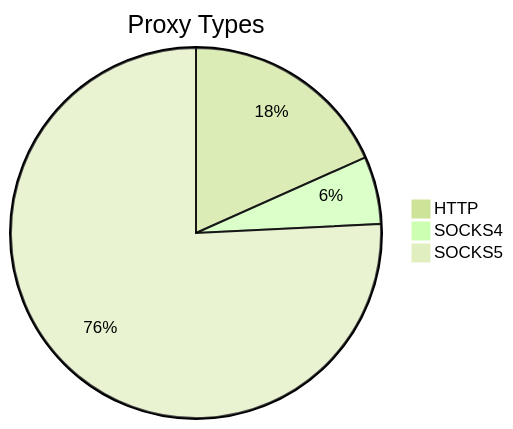
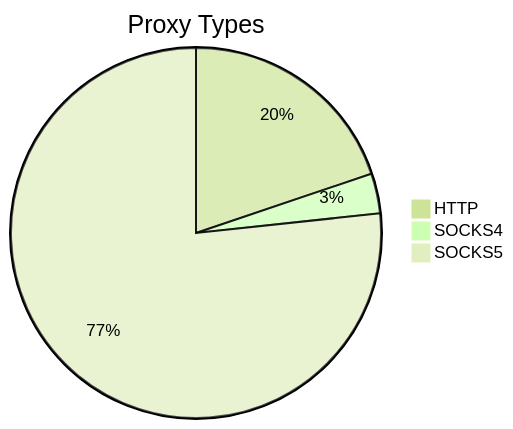
The first of 2 diagrams in README.md (stormsia/proxy-list), drawn with Mermaid (forest theme) before and after one commit. The commit also changed other lines of this file, not shown here.

````diff
--- a/README.md
+++ b/README.md
@@ -21,6 +21,6 @@
 ```mermaid
 pie title Proxy Types
-    "HTTP" : 146
-    "SOCKS4" : 47
-    "SOCKS5" : 604
+    "HTTP" : 108
+    "SOCKS4" : 19
+    "SOCKS5" : 418
 ```
````
